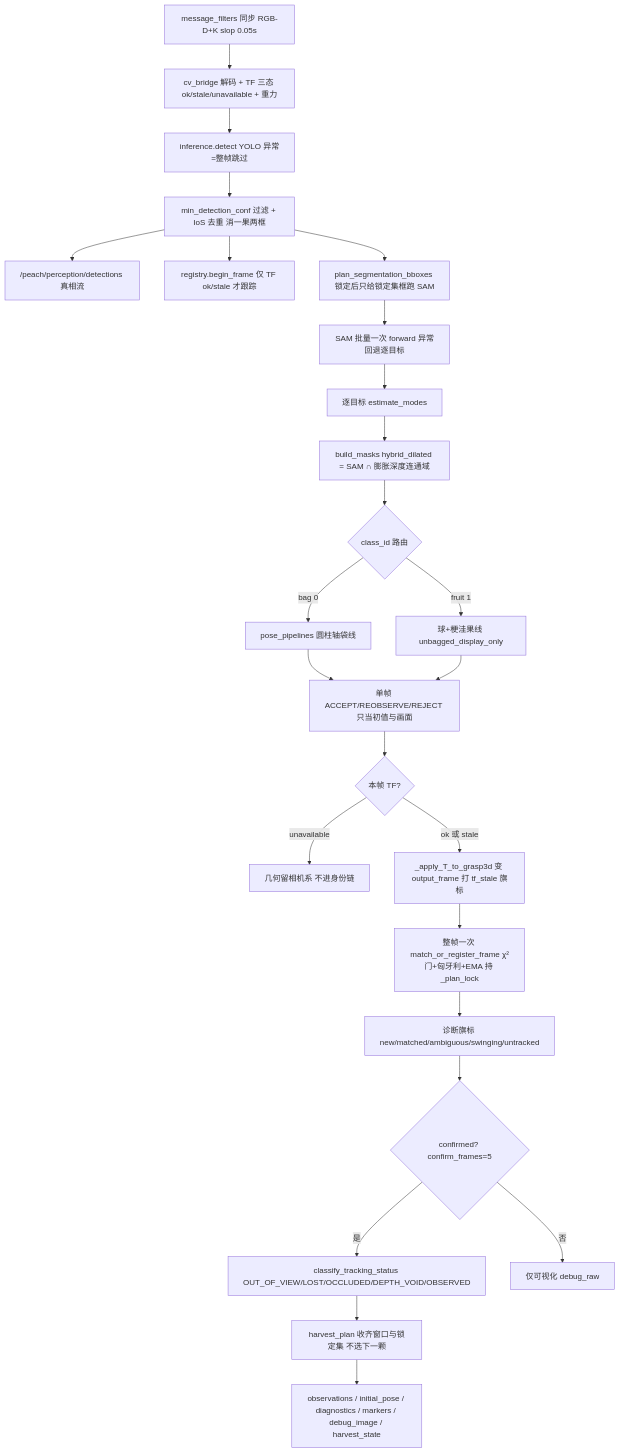
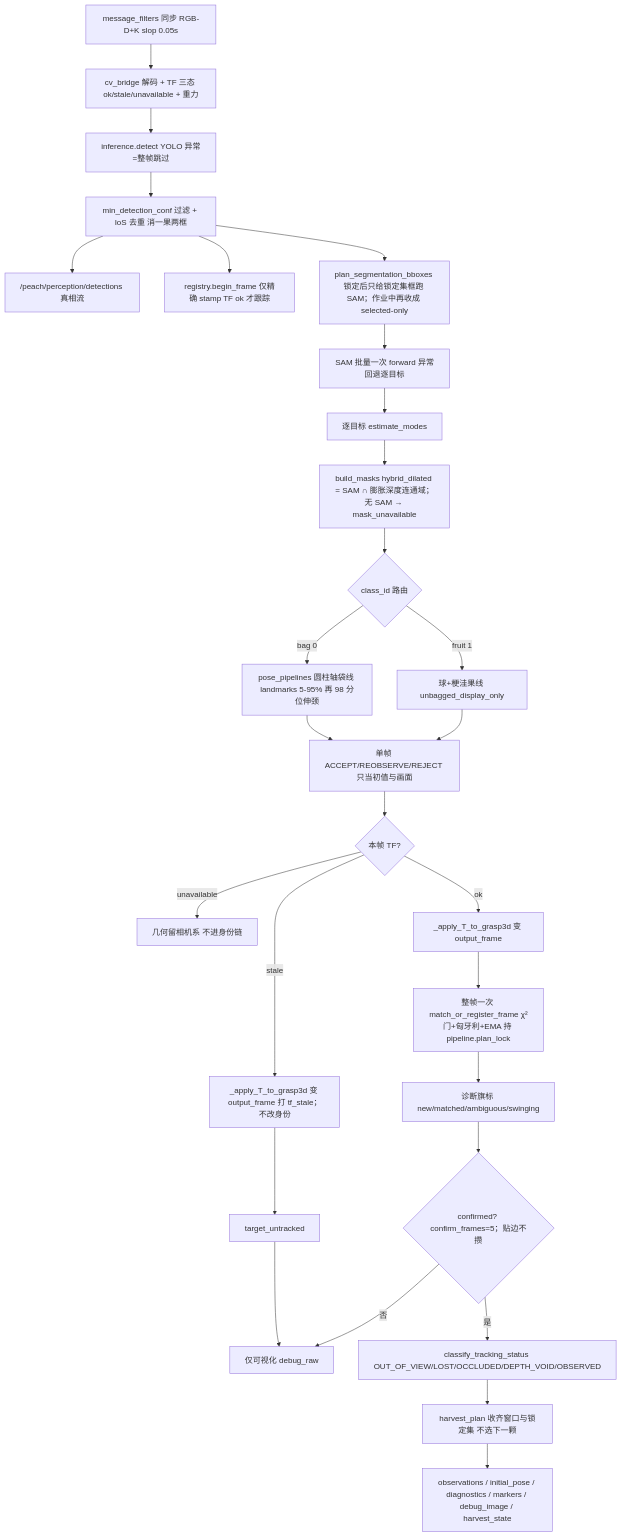
Before and after one commit to MUHAN11-c/aubo_boot: the eighth of 15 diagrams in docs/architecture.md, drawn with Mermaid. The commit also changed other lines of this file and 291 other files, not shown here.

````diff
--- a/docs/architecture.md
+++ b/docs/architecture.md
@@ -513,27 +519,30 @@
 ```mermaid
 flowchart TD
   sync["message_filters 同步 RGB-D+K slop 0.05s"] --> dec["cv_bridge 解码 + TF 三态 ok/stale/unavailable + 重力"]
   dec --> yolo["inference.detect YOLO 异常=整帧跳过"]
   yolo --> filt["min_detection_conf 过滤 + IoS 去重 消一果两框"]
   filt --> detpub["/peach/perception/detections 真相流"]
-  filt --> beginf["registry.begin_frame 仅 TF ok/stale 才跟踪"]
-  filt --> samplan["plan_segmentation_bboxes 锁定后只给锁定集框跑 SAM"]
+  filt --> beginf["registry.begin_frame 仅精确 stamp TF ok 才跟踪"]
+  filt --> samplan["plan_segmentation_bboxes 锁定后只给锁定集框跑 SAM；作业中再收成 selected-only"]
   samplan --> sam["SAM 批量一次 forward 异常回退逐目标"]
   sam --> perm["逐目标 estimate_modes"]
-  perm --> mask["build_masks hybrid_dilated = SAM ∩ 膨胀深度连通域"]
+  perm --> mask["build_masks hybrid_dilated = SAM ∩ 膨胀深度连通域；无 SAM → mask_unavailable"]
   mask --> route{"class_id 路由"}
-  route -->|bag 0| bagl["pose_pipelines 圆柱轴袋线"]
+  route -->|bag 0| bagl["pose_pipelines 圆柱轴袋线 landmarks 5-95% 再 98 分位伸颈"]
   route -->|fruit 1| fruitl["球+梗洼果线 unbagged_display_only"]
   bagl --> gate1["单帧 ACCEPT/REOBSERVE/REJECT 只当初值与画面"]
   fruitl --> gate1
   gate1 --> tfq{"本帧 TF?"}
   tfq -->|unavailable| camonly["几何留相机系 不进身份链"]
-  tfq -->|ok 或 stale| world["_apply_T_to_grasp3d 变 output_frame 打 tf_stale 旗标"]
-  world --> assign["整帧一次 match_or_register_frame χ²门+匈牙利+EMA 持 _plan_lock"]
-  assign --> flags["诊断旗标 new/matched/ambiguous/swinging/untracked"]
-  flags --> confirmed{"confirmed? confirm_frames=5"}
+  tfq -->|stale| worldstale["_apply_T_to_grasp3d 变 output_frame 打 tf_stale；不改身份"]
+  tfq -->|ok| world["_apply_T_to_grasp3d 变 output_frame"]
+  world --> assign["整帧一次 match_or_register_frame χ²门+匈牙利+EMA 持 pipeline.plan_lock"]
+  assign --> flags["诊断旗标 new/matched/ambiguous/swinging"]
+  worldstale --> flagsu["target_untracked"]
+  flags --> confirmed{"confirmed? confirm_frames=5；贴边不攒"}
+  flagsu --> visonly["仅可视化 debug_raw"]
   confirmed -->|是| cls["classify_tracking_status OUT_OF_VIEW/LOST/OCCLUDED/DEPTH_VOID/OBSERVED"]
   cls --> lock["harvest_plan 收齐窗口与锁定集 不选下一颗"]
   lock --> pub["observations / initial_pose / diagnostics / markers / debug_image / harvest_state"]
-  confirmed -->|否| visonly["仅可视化 debug_raw"]
+  confirmed -->|否| visonly
 ```
````
